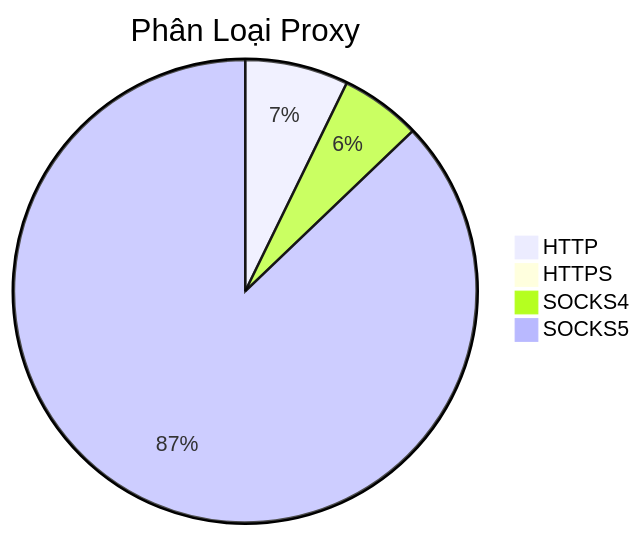
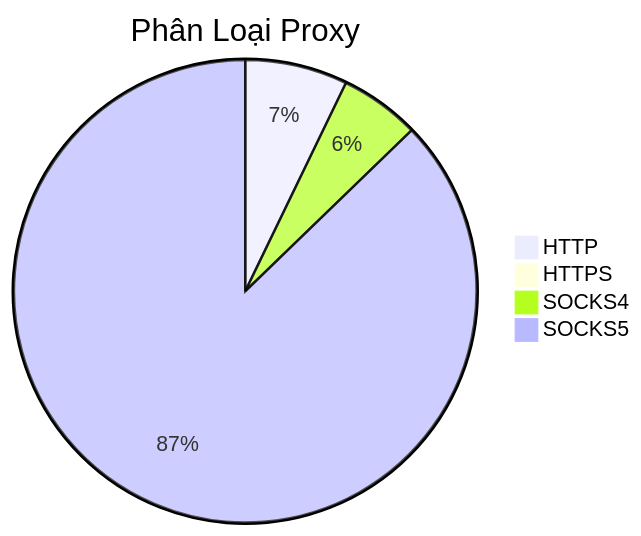
Before and after one commit to Ciara-Aa/PROXY-free: the diagram in README.md, drawn with Mermaid. The commit also changed other lines of this file and 4 other files, not shown here.

````diff
--- a/README.md
+++ b/README.md
@@ -26,7 +26,7 @@
 ```mermaid
 pie title Phân Loại Proxy
-    "HTTP" : 427
-    "HTTPS" : 1
-    "SOCKS4" : 333
-    "SOCKS5" : 5154
+    "HTTP" : 438
+    "HTTPS" : 5
+    "SOCKS4" : 342
+    "SOCKS5" : 5331
 ```
````
